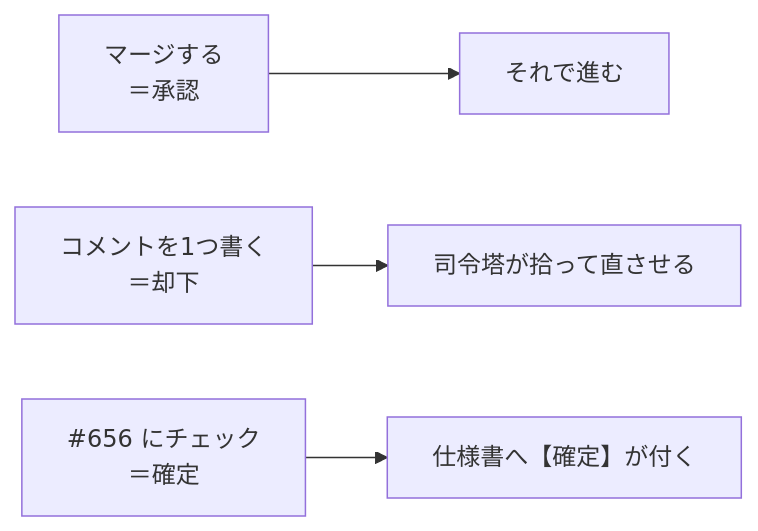
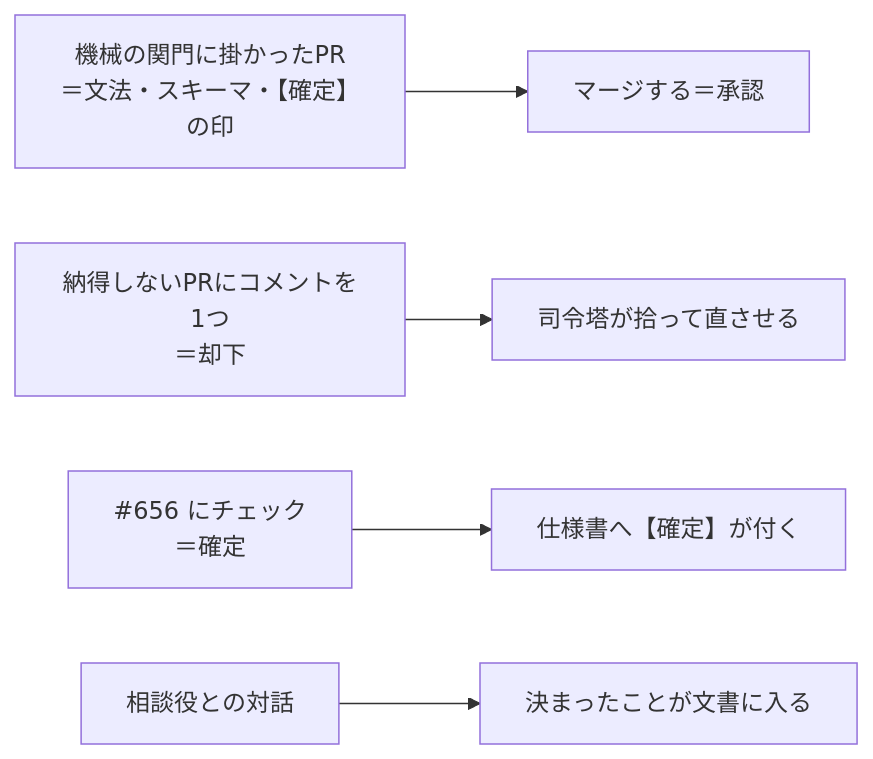
One commit to gooyyu1/UnmappedIsland changed the fourth of 5 diagrams in docs/ParallelAgents.md. Above: the diagram before and after it, drawn with Mermaid. The commit also changed other lines of this file, not shown here.

````diff
--- a/docs/ParallelAgents.md
+++ b/docs/ParallelAgents.md
@@ -110,6 +179,7 @@
 ```mermaid
 flowchart LR
-    A["マージする<br/>＝承認"] --> Done["それで進む"]
-    B["コメントを1つ書く<br/>＝却下"] --> Fix["司令塔が拾って直させる"]
+    A["機械の関門に掛かったPR<br/>＝文法・スキーマ・【確定】の印"] --> Merge["マージする＝承認"]
+    B["納得しないPRにコメントを1つ<br/>＝却下"] --> Fix["司令塔が拾って直させる"]
     C["#656 にチェック<br/>＝確定"] --> Mark["仕様書へ【確定】が付く"]
+    D["相談役との対話"] --> Decide["決まったことが文書に入る"]
 ```
````
